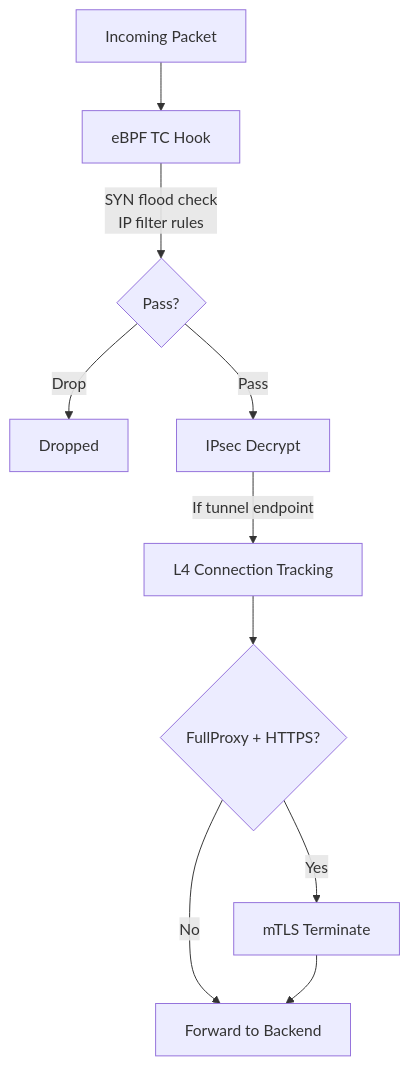
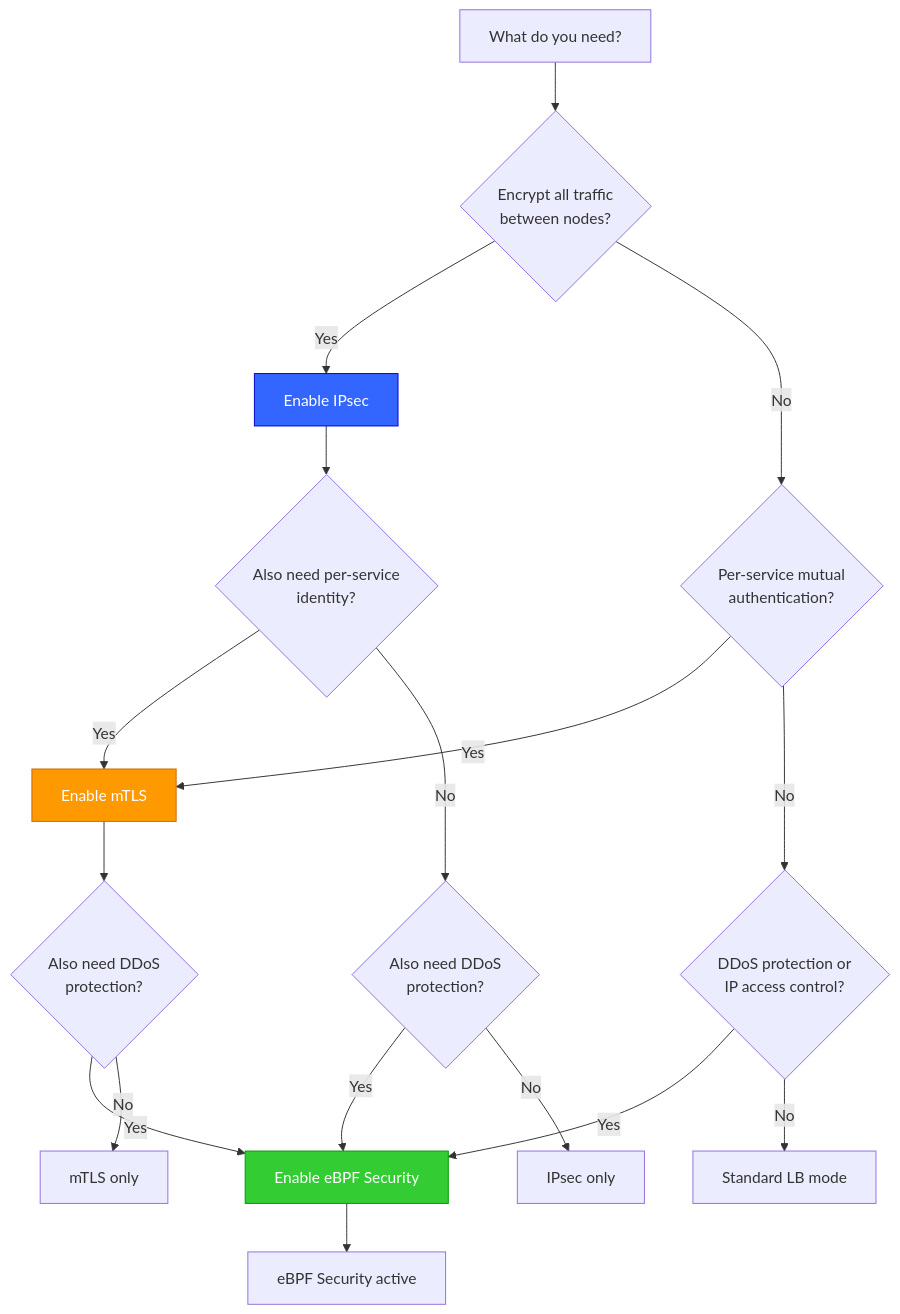
One commit to NLX-SeokHwanKong/loxilbdocs changed the second of 2 diagrams in docs/security-gateway/secure-dataplane.md. Above: the diagram before and after it, drawn with Mermaid. The commit also changed other lines of this file, not shown here.

First line of the commit message:
docs(11-02): enhance secure-dataplane.md to reference quality with multi-layer architecture

````diff
--- a/docs/security-gateway/secure-dataplane.md
+++ b/docs/security-gateway/secure-dataplane.md
@@ -76,12 +84,26 @@
 ```mermaid
 flowchart TD
-    A[Incoming Packet] --> B[eBPF TC Hook]
-    B -->|SYN flood check\nIP filter rules| C{Pass?}
-    C -->|Drop| X[Dropped]
-    C -->|Pass| D[IPsec Decrypt]
-    D -->|If tunnel endpoint| E[L4 Connection Tracking]
-    E --> F{FullProxy + HTTPS?}
-    F -->|Yes| G[mTLS Terminate]
-    F -->|No| H[Forward to Backend]
-    G --> H
+    A[What do you need?] --> B{Encrypt all traffic<br/>between nodes?}
+    B -->|Yes| C[Enable IPsec]
+    B -->|No| D{Per-service mutual<br/>authentication?}
+    D -->|Yes| E[Enable mTLS]
+    D -->|No| F{DDoS protection or<br/>IP access control?}
+    F -->|Yes| G[Enable eBPF Security]
+    F -->|No| H[Standard LB mode]
+
+    C --> I{Also need per-service<br/>identity?}
+    I -->|Yes| E
+    I -->|No| J{Also need DDoS<br/>protection?}
+    J -->|Yes| G
+    J -->|No| K[IPsec only]
+
+    E --> L{Also need DDoS<br/>protection?}
+    L -->|Yes| G
+    L -->|No| M[mTLS only]
+
+    G --> N[eBPF Security active]
+
+    style C fill:#36f,stroke:#00c,color:#fff
+    style E fill:#f90,stroke:#c60,color:#fff
+    style G fill:#3c3,stroke:#090,color:#fff
 ```
````
